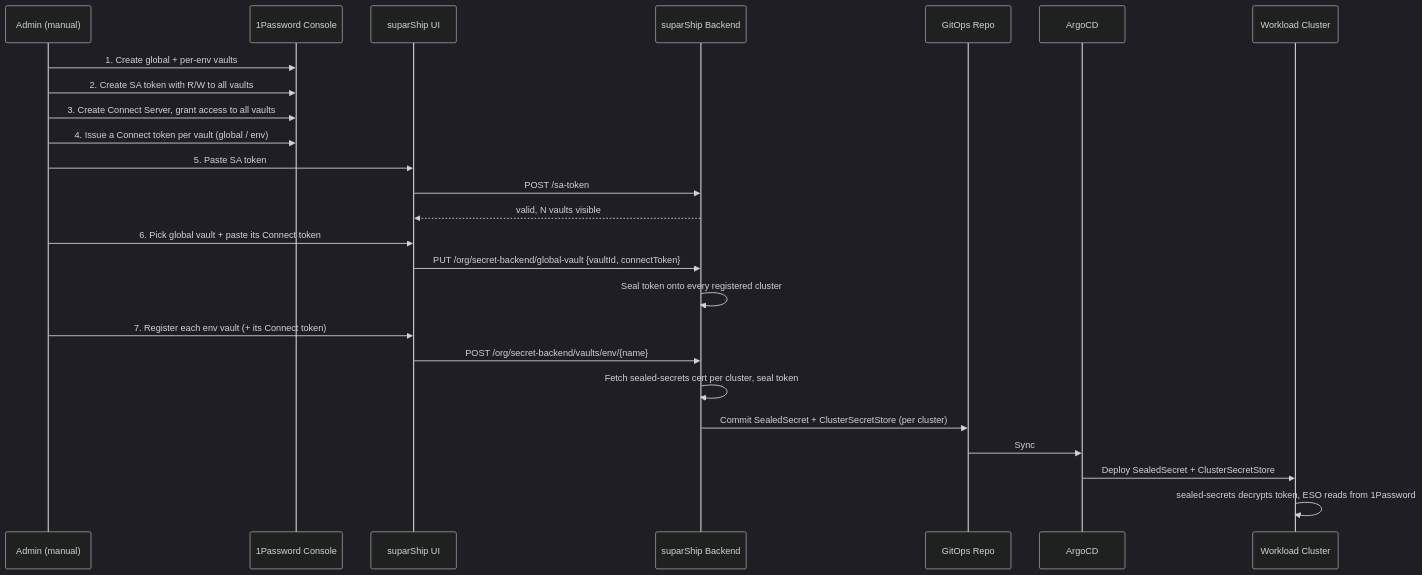
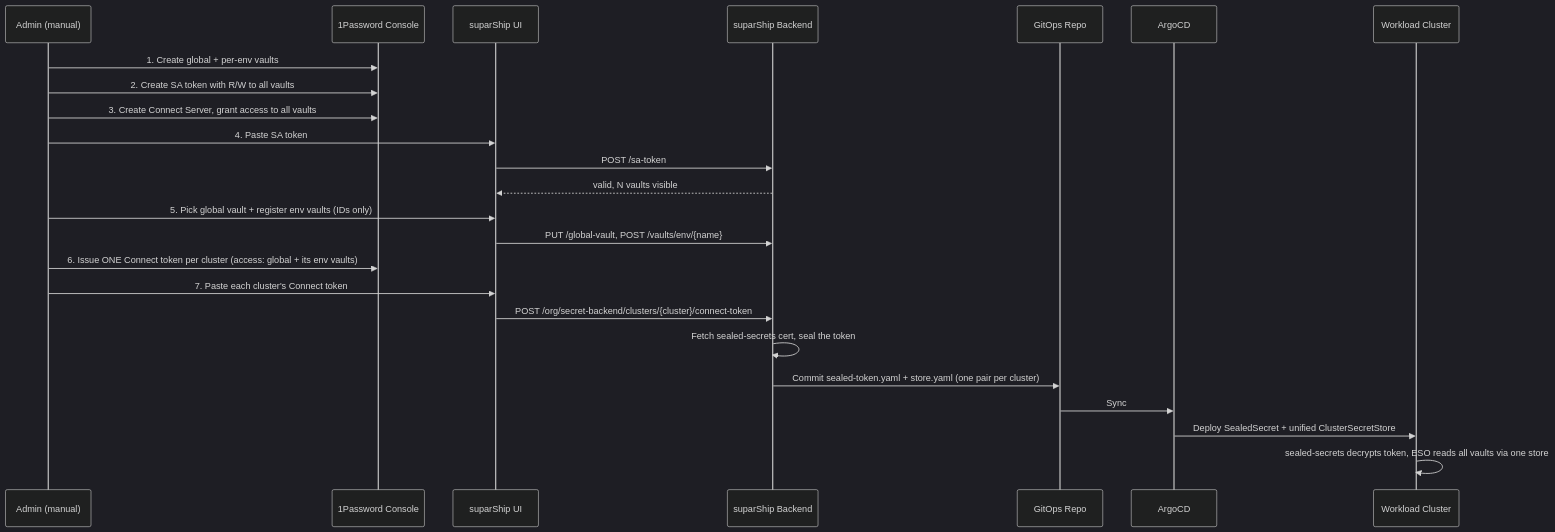
The diagram in docs/secrets.md (suparcloud/suparship), drawn with Mermaid (dark theme) before and after one commit. The commit also changed other lines of this file and 19 other files, not shown here.

````diff
--- a/docs/secrets.md
+++ b/docs/secrets.md
@@ -90,28 +108,27 @@
 ```mermaid
 sequenceDiagram
     participant Admin as Admin (manual)
     participant OP as 1Password Console
     participant UI as suparShip UI
     participant API as suparShip Backend
     participant Git as GitOps Repo
     participant Argo as ArgoCD
     participant Cluster as Workload Cluster
 
     Admin->>OP: 1. Create global + per-env vaults
     Admin->>OP: 2. Create SA token with R/W to all vaults
     Admin->>OP: 3. Create Connect Server, grant access to all vaults
-    Admin->>OP: 4. Issue a Connect token per vault (global / env)
-    Admin->>UI: 5. Paste SA token
+    Admin->>UI: 4. Paste SA token
     UI->>API: POST /sa-token
     API-->>UI: valid, N vaults visible
-    Admin->>UI: 6. Pick global vault + paste its Connect token
-    UI->>API: PUT /org/secret-backend/global-vault {vaultId, connectToken}
-    API->>API: Seal token onto every registered cluster
-    Admin->>UI: 7. Register each env vault (+ its Connect token)
-    UI->>API: POST /org/secret-backend/vaults/env/{name}
-    API->>API: Fetch sealed-secrets cert per cluster, seal token
-    API->>Git: Commit SealedSecret + ClusterSecretStore (per cluster)
+    Admin->>UI: 5. Pick global vault + register env vaults (IDs only)
+    UI->>API: PUT /global-vault, POST /vaults/env/{name}
+    Admin->>OP: 6. Issue ONE Connect token per cluster (access: global + its env vaults)
+    Admin->>UI: 7. Paste each cluster's Connect token
+    UI->>API: POST /org/secret-backend/clusters/{cluster}/connect-token
+    API->>API: Fetch sealed-secrets cert, seal the token
+    API->>Git: Commit sealed-token.yaml + store.yaml (one pair per cluster)
     Git->>Argo: Sync
-    Argo->>Cluster: Deploy SealedSecret + ClusterSecretStore
-    Cluster->>Cluster: sealed-secrets decrypts token, ESO reads from 1Password
+    Argo->>Cluster: Deploy SealedSecret + unified ClusterSecretStore
+    Cluster->>Cluster: sealed-secrets decrypts token, ESO reads all vaults via one store
 ```
````
